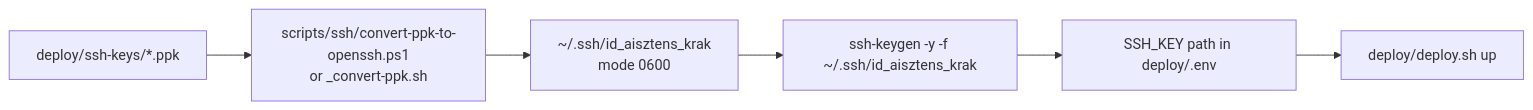
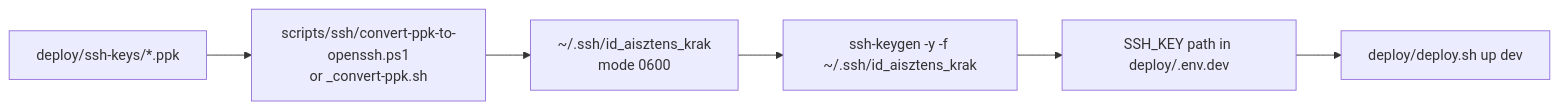
The diagram in scripts/ssh/README.md (zakzag/ai-sztens-dev), drawn with Mermaid before and after one commit. The commit also changed other lines of this file and 11 other files, not shown here.

Commit message:
feat(deploy): dev/prod target selection (deploy/.env.<target>)

````diff
--- a/scripts/ssh/README.md
+++ b/scripts/ssh/README.md
@@ -35,8 +35,8 @@
 ```mermaid
 flowchart LR
     A[deploy/ssh-keys/*.ppk] --> B[scripts/ssh/convert-ppk-to-openssh.ps1<br/>or _convert-ppk.sh]
     B --> C[~/.ssh/id_aisztens_krak<br/>mode 0600]
     C --> D[ssh-keygen -y -f ~/.ssh/id_aisztens_krak]
-    D --> E[SSH_KEY path in deploy/.env]
-    E --> F[deploy/deploy.sh up]
+    D --> E[SSH_KEY path in deploy/.env.dev]
+    E --> F[deploy/deploy.sh up dev]
 ```
````
